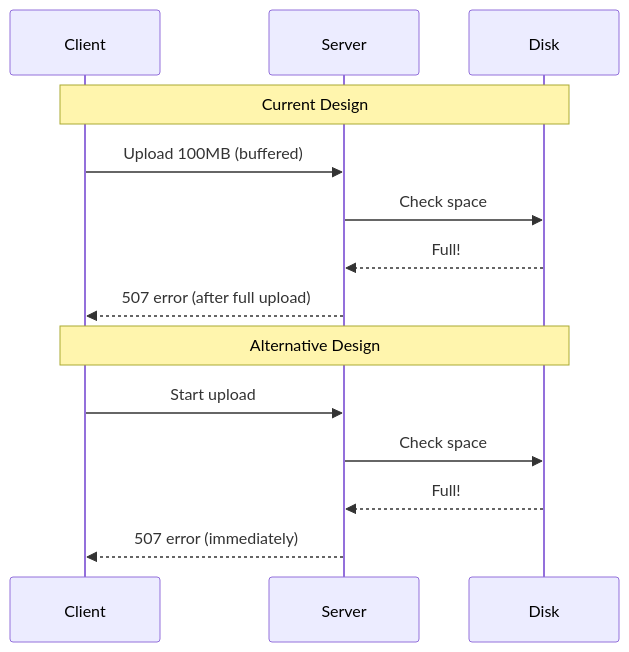
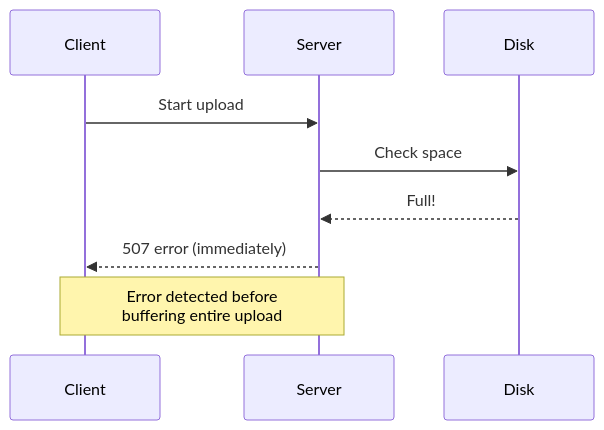
Diagram 17 of 52 in docs/explanation/ARCHITECTURE.md (photom/magicer), drawn with Mermaid before and after one commit. The commit also changed other lines of this file and 2 other files, not shown here.

````diff
--- a/docs/explanation/ARCHITECTURE.md
+++ b/docs/explanation/ARCHITECTURE.md
@@ -1060,18 +999,13 @@
 ```mermaid
 sequenceDiagram
     participant Client
     participant Server
     participant Disk
     
-    Note over Client,Disk: Current Design
-    Client->>Server: Upload 100MB (buffered)
-    Server->>Disk: Check space
-    Disk-->>Server: Full!
-    Server-->>Client: 507 error (after full upload)
-    
-    Note over Client,Disk: Alternative Design
     Client->>Server: Start upload
     Server->>Disk: Check space
     Disk-->>Server: Full!
     Server-->>Client: 507 error (immediately)
+    
+    Note over Client,Server: Error detected before<br/>buffering entire upload
 ```
````
